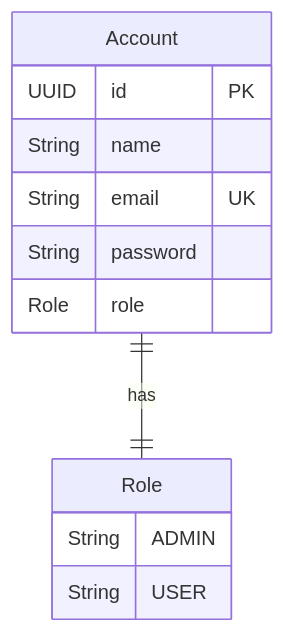
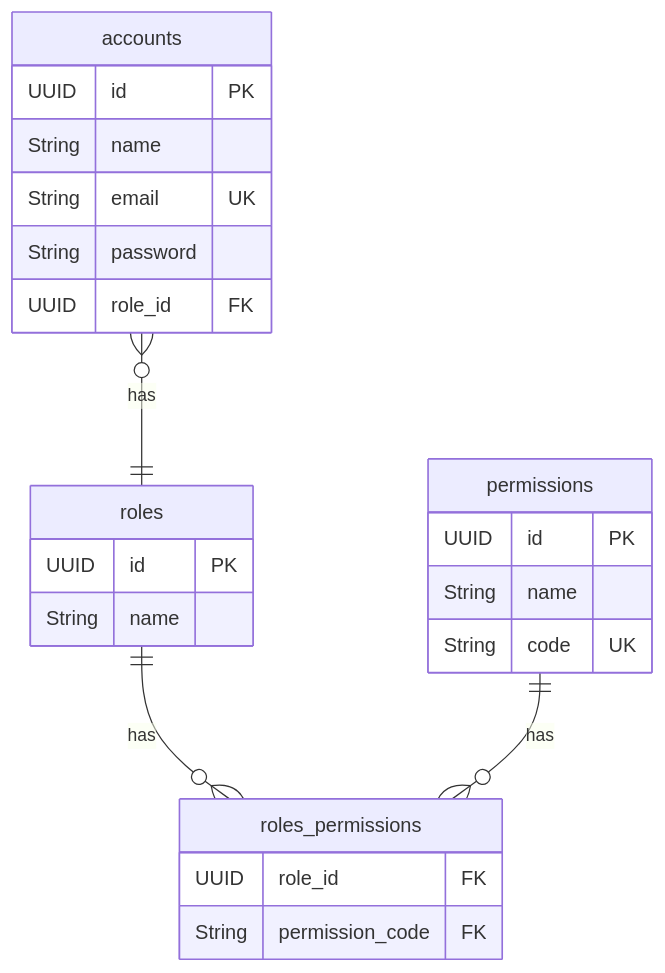
The fourth of 4 diagrams in README.md (andersonkaiti/node-auth-api), drawn with Mermaid before and after one commit. The commit also changed other lines of this file, not shown here.

Commit message:
:memo: docs(readme): update README to reflect permission-based RBAC

````diff
--- a/README.md
+++ b/README.md
@@ -109,17 +114,30 @@
 ```mermaid
 erDiagram
-  Account {
-    UUID   id       PK
+  accounts {
+    UUID   id          PK
     String name
-    String email    UK
+    String email       UK
     String password
-    Role   role
+    UUID   role_id     FK
   }
 
-  Role {
-    String ADMIN
-    String USER
+  roles {
+    UUID   id    PK
+    String name
   }
 
-  Account ||--|| Role : "has"
+  permissions {
+    UUID   id    PK
+    String name
+    String code  UK
+  }
+
+  roles_permissions {
+    UUID   role_id         FK
+    String permission_code FK
+  }
+
+  accounts }o--|| roles : "has"
+  roles ||--o{ roles_permissions : "has"
+  permissions ||--o{ roles_permissions : "has"
 ```
````
